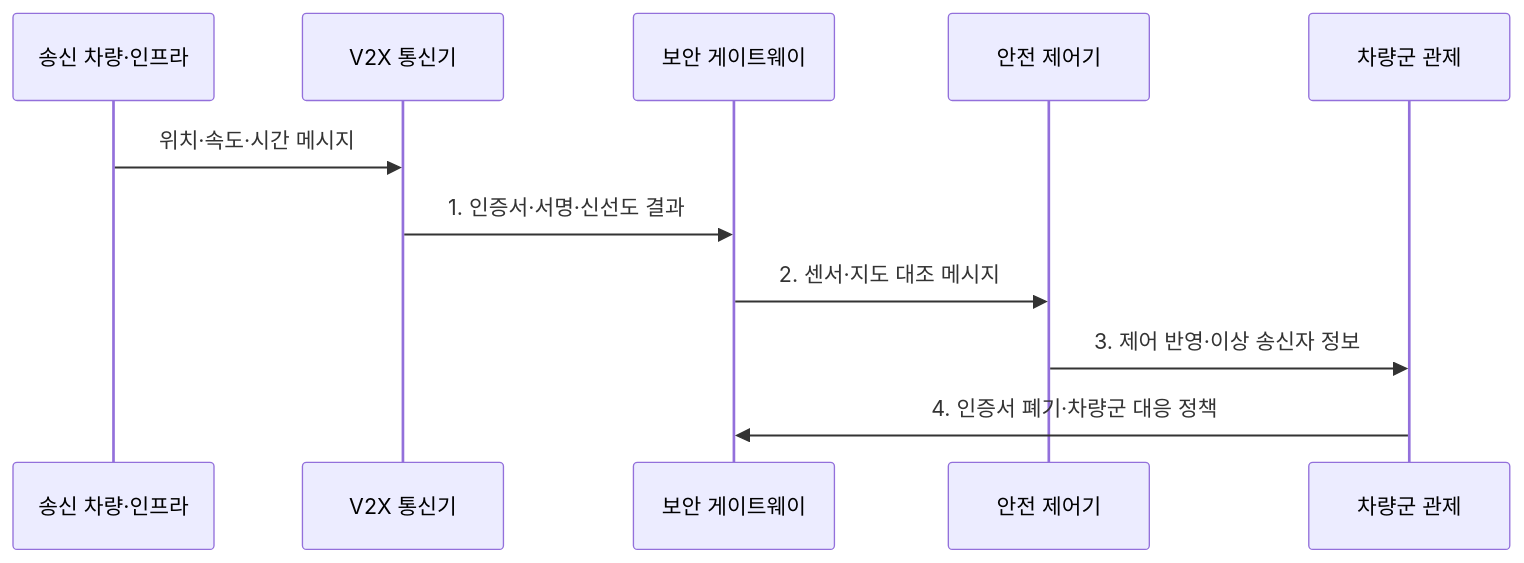
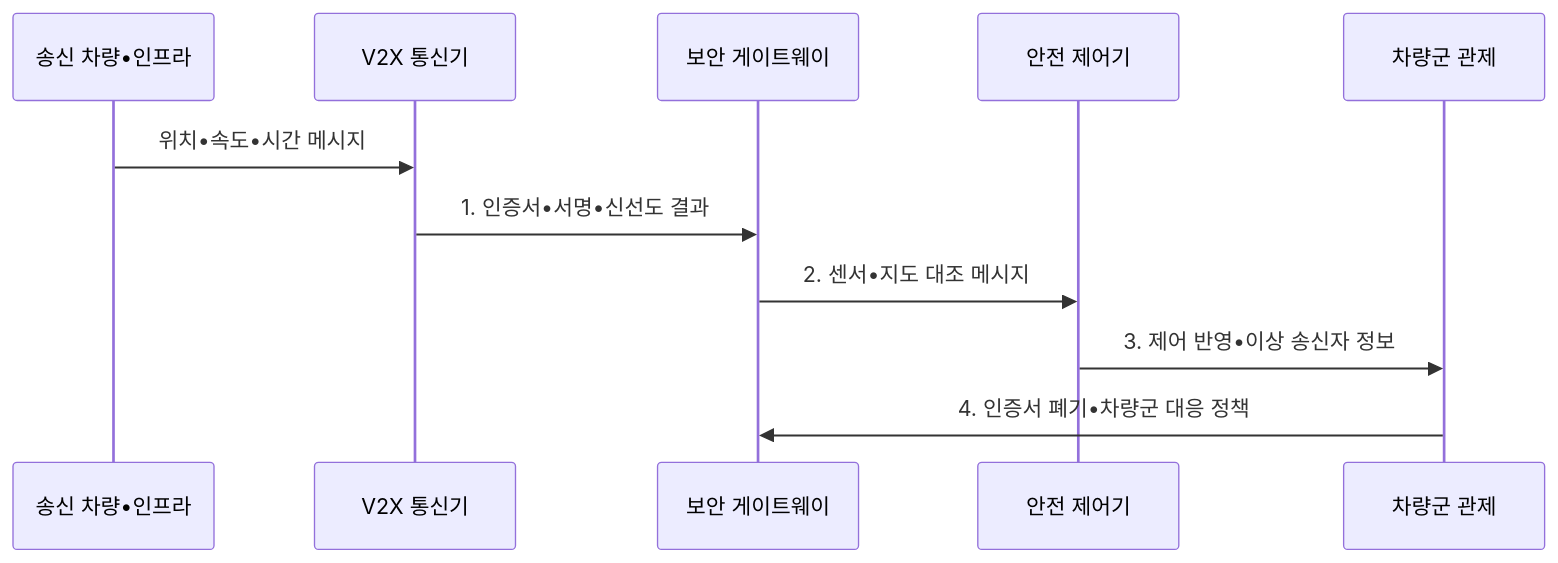
The second of 2 diagrams in src/content/docs/notes/05-security/134_vehicle_cybersecurity_v2x.md (agnusdei1207/knowledge-base), drawn with Mermaid before and after one commit. The commit also changed other lines of this file and 953 other files, not shown here.

````diff
--- a/src/content/docs/notes/05-security/134_vehicle_cybersecurity_v2x.md
+++ b/src/content/docs/notes/05-security/134_vehicle_cybersecurity_v2x.md
@@ -102,13 +102,13 @@
 ```mermaid
 sequenceDiagram
-  participant S as 송신 차량·인프라
+  participant S as 송신 차량•인프라
   participant R as V2X 통신기
   participant G as 보안 게이트웨이
   participant C as 안전 제어기
   participant F as 차량군 관제
-  S->>R: 위치·속도·시간 메시지
-  R->>G: 1. 인증서·서명·신선도 결과
-  G->>C: 2. 센서·지도 대조 메시지
-  C->>F: 3. 제어 반영·이상 송신자 정보
-  F->>G: 4. 인증서 폐기·차량군 대응 정책
+  S->>R: 위치•속도•시간 메시지
+  R->>G: 1. 인증서•서명•신선도 결과
+  G->>C: 2. 센서•지도 대조 메시지
+  C->>F: 3. 제어 반영•이상 송신자 정보
+  F->>G: 4. 인증서 폐기•차량군 대응 정책
 ```
````
